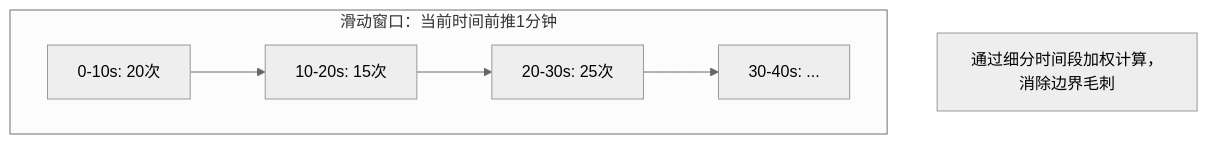
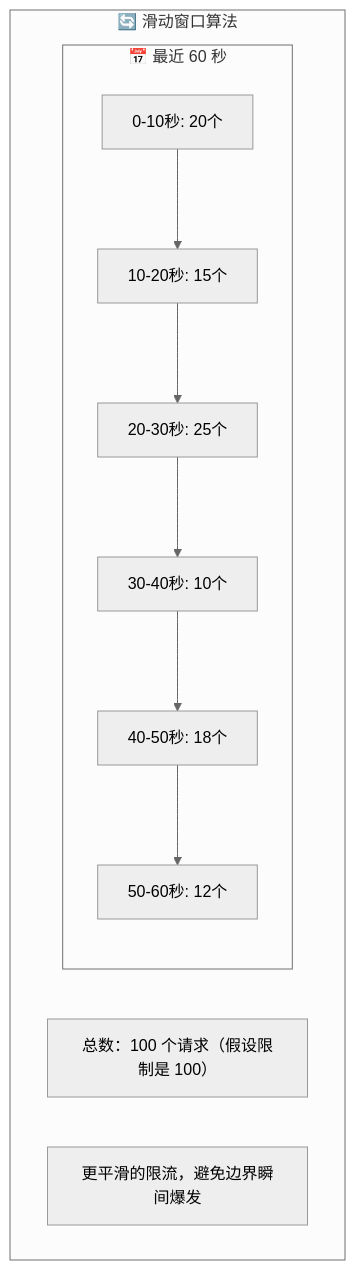
Before and after one commit to zhangshichuan/maxzhang.site: diagram 11 of 14 in articles/zh/nodejs-security-guide.mdx, drawn with Mermaid (neutral theme). The commit also changed other lines of this file and 1 other file, not shown here.

````diff
--- a/articles/zh/nodejs-security-guide.mdx
+++ b/articles/zh/nodejs-security-guide.mdx
@@ -334,8 +1051,14 @@
 ```mermaid
 flowchart TD
-    subgraph 滑动窗口["滑动窗口：当前时间前推1分钟"]
-        T1["0-10s: 20次"] --> T2["10-20s: 15次"] --> T3["20-30s: 25次"] --> T4["30-40s: ..."]
+    subgraph 滑动窗口["🔄 滑动窗口算法"]
+        subgraph 时间线["📅 最近 60 秒"]
+            T1["0-10秒: 20个"] --> T2["10-20秒: 15个"]
+            T2 --> T3["20-30秒: 25个"]
+            T3 --> T4["30-40秒: 10个"]
+            T4 --> T5["40-50秒: 18个"]
+            T5 --> T6["50-60秒: 12个"]
+        end
+        Note["总数：100 个请求（假设限制是 100）"]
+        Note2["更平滑的限流，避免边界瞬间爆发"]
     end
-
-    Note["通过细分时间段加权计算，消除边界毛刺"]
 ```
````
